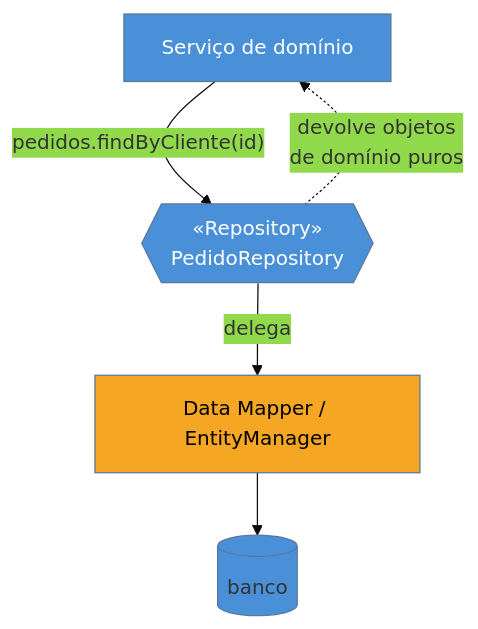
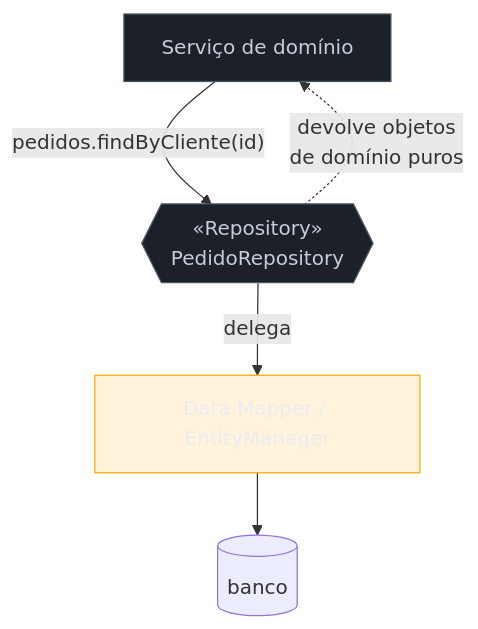
The diagram in 03-Dominios/Engenharia/Design de Software/Padrões de Projeto/Acesso a Dados/09 - Repository.md (josenaldo/codex-technomanticus), drawn with Mermaid before and after one commit. The commit also changed 1181 other files, not shown here.

First line of the commit message:
fix(diagramas): paleta do sistema no lugar de cor cravada no markdown

````diff
--- a/03-Dominios/Engenharia/Design de Software/Padrões de Projeto/Acesso a Dados/09 - Repository.md
+++ b/03-Dominios/Engenharia/Design de Software/Padrões de Projeto/Acesso a Dados/09 - Repository.md
@@ -34,12 +34,13 @@
 ```mermaid
-%%{init: {"theme": "base", "themeVariables": {"primaryColor": "#4A90D9"}}}%%
 graph TD
+    classDef neutro fill:#1B2029,stroke:#4E5666,color:#C6CCD8
+    classDef destaque fill:#FFAA0024,stroke:#FFAA00,color:#E9ECF2
     S["Serviço de domínio"] -->|"pedidos.findByCliente(id)"| R{{"«Repository»<br/>PedidoRepository"}}
     R -->|"delega"| M["Data Mapper / EntityManager"]
     M --> DB[("banco")]
     R -.->|"devolve objetos<br/>de domínio puros"| S
 
-    style R fill:#4A90D9,color:#fff
-    style S fill:#4A90D9,color:#fff
-    style M fill:#F5A623,color:#000
+    class R neutro
+    class S neutro
+    class M destaque
 ```
````
